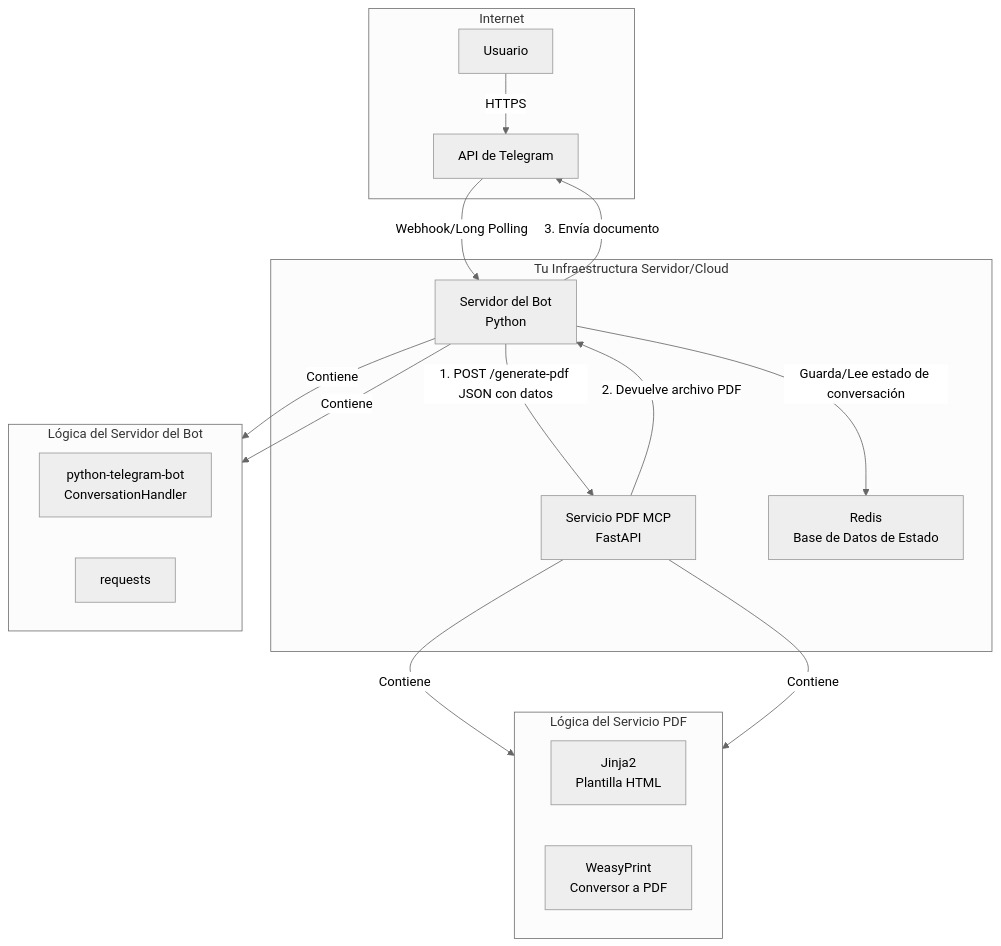
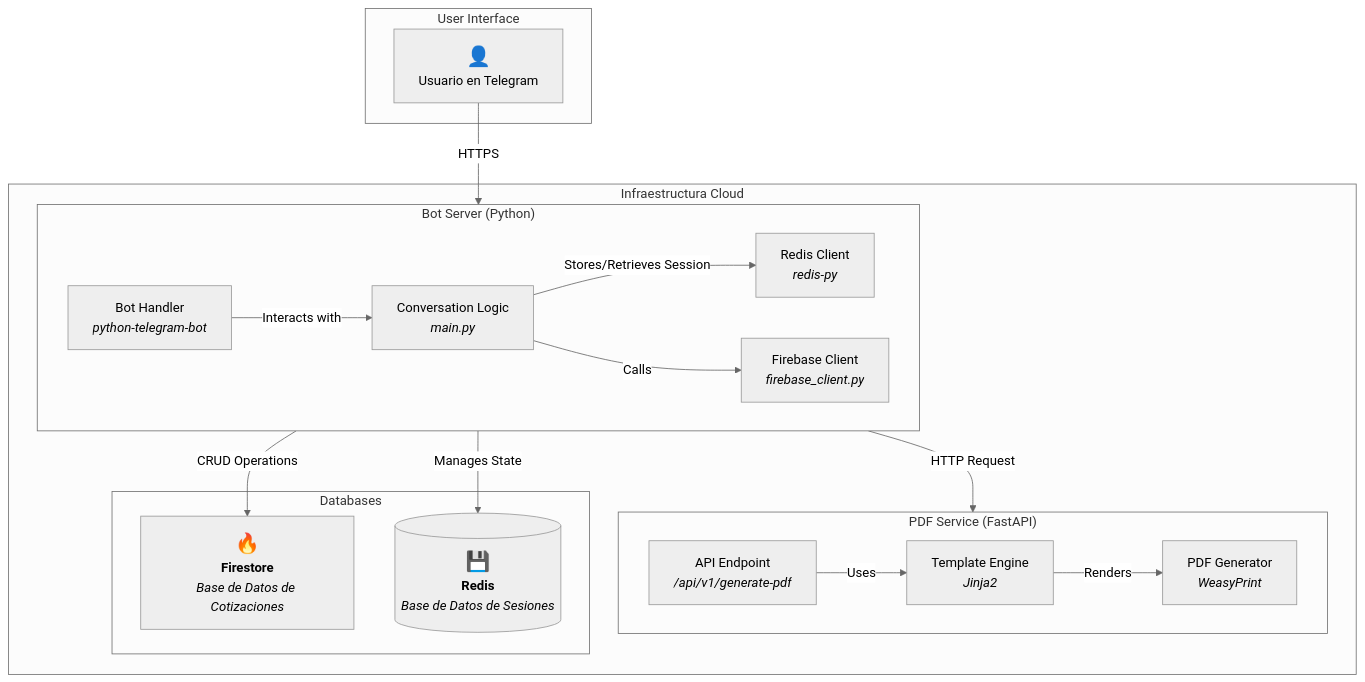
The diagram in diagCompoCotizador.mmd (RolandoGiron/hg-cotizador), drawn with Mermaid (neutral theme) before and after one commit. The commit also changed 5 other files, not shown here.

```diff
--- a/diagCompoCotizador.mmd
+++ b/diagCompoCotizador.mmd
@@ -1,35 +1,36 @@
 graph TD
-    subgraph Internet
-        U[Usuario]
-        TAPI[API de Telegram]
+    subgraph "User Interface"
+        U[<font size=5>👤</font><br>Usuario en Telegram]
     end
 
-    subgraph "Tu Infraestructura Servidor/Cloud"
-        SB[Servidor del Bot\nPython]
-        SPDF[Servicio PDF MCP\nFastAPI]
-        DB[Redis\nBase de Datos de Estado]
+    subgraph "Infraestructura Cloud"
+        subgraph "Bot Server (Python)"
+            direction LR
+            BH[Bot Handler<br><i>python-telegram-bot</i>]
+            CH[Conversation Logic<br><i>main.py</i>]
+            FC[Firebase Client<br><i>firebase_client.py</i>]
+            RC[Redis Client<br><i>redis-py</i>]
+        end
+
+        subgraph "PDF Service (FastAPI)"
+            direction LR
+            API[API Endpoint<br><i>/api/v1/generate-pdf</i>]
+            JIN[Template Engine<br><i>Jinja2</i>]
+            PDF[PDF Generator<br><i>WeasyPrint</i>]
+        end
+
+        subgraph "Databases"
+            FS[<font size=5>🔥</font><br><b>Firestore</b><br><i>Base de Datos de Cotizaciones</i>]
+            RD[(<font size=5>💾</font><br><b>Redis</b><br><i>Base de Datos de Sesiones</i>)]
+        end
     end
 
-    U -- HTTPS --> TAPI
-    TAPI -- Webhook/Long Polling --> SB
-
-    subgraph "Lógica del Servidor del Bot"
-        direction LR
-        PTB[python-telegram-bot\nConversationHandler]
-        REQ[requests]
-    end
-
-    subgraph "Lógica del Servicio PDF"
-        direction LR
-        JIN[Jinja2\nPlantilla HTML]
-        WEASY[WeasyPrint\nConversor a PDF]
-    end
-
-    SB -- Contiene --> PTB
-    SB -- Contiene --> REQ
-    SPDF -- Contiene --> JIN
-    SPDF -- Contiene --> WEASY
-    SB -- "Guarda/Lee estado de conversación" --> DB
-    SB -- "1. POST /generate-pdf JSON con datos" --> SPDF
-    SPDF -- "2. Devuelve archivo PDF" --> SB
-    SB -- "3. Envía documento" --> TAPI
+    U -- HTTPS --> BH
+    BH -- Interacts with --> CH
+    CH -- Stores/Retrieves Session --> RC
+    CH -- Calls --> FC
+    CH -- HTTP Request --> API
+    FC -- CRUD Operations --> FS
+    RC -- Manages State --> RD
+    API -- Uses --> JIN
+    JIN -- Renders --> PDF
```
